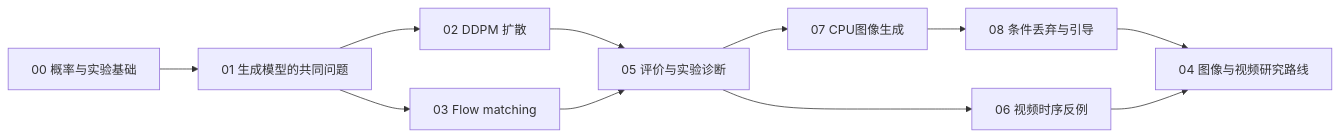
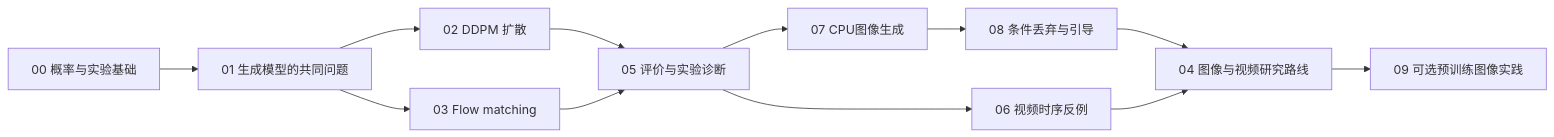
The diagram in docs/learning-path.md (Fengyee/genai_study), drawn with Mermaid before and after one commit. The commit also changed other lines of this file and 31 other files, not shown here.

````diff
--- a/docs/learning-path.md
+++ b/docs/learning-path.md
@@ -28,13 +28,14 @@
 ```mermaid
 flowchart LR
   A[00 概率与实验基础] --> B[01 生成模型的共同问题]
   B --> C[02 DDPM 扩散]
   B --> D[03 Flow matching]
   C --> F[05 评价与实验诊断]
   D --> F
   F --> H[07 CPU图像生成]
   H --> I[08 条件丢弃与引导]
   I --> E[04 图像与视频研究路线]
   F --> G[06 视频时序反例]
   G --> E[04 图像与视频研究路线]
+  E --> J[09 可选预训练图像实践]
 ```
````
